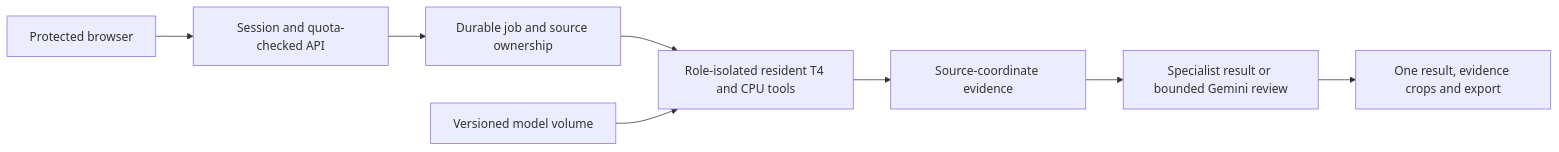
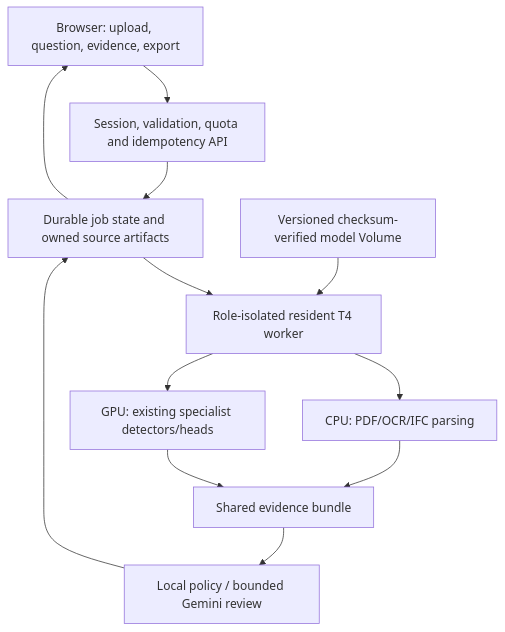
Before and after one commit to HariPrasanth-SM/floorhawk: the second of 2 diagrams in README.md, drawn with Mermaid. The commit also changed other lines of this file and 10 other files, not shown here.

Commit message:
Deliver current architecture, reproducibility and fresh curated verification

````diff
--- a/README.md
+++ b/README.md
@@ -53,10 +44,14 @@
 ```mermaid
-flowchart LR
-  B[Protected browser] --> A[Session and quota-checked API]
-  A --> J[Durable job and source ownership]
-  J --> W[Role-isolated resident T4 and CPU tools]
-  W --> E[Source-coordinate evidence]
-  E --> R[Specialist result or bounded Gemini review]
-  R --> V[One result, evidence crops and export]
-  M[Versioned model volume] --> W
+flowchart TB
+  B[Browser: upload, question, evidence, export] --> A[Session, validation, quota and idempotency API]
+  A --> J[Durable job state and owned source artifacts]
+  J --> W[Role-isolated resident T4 worker]
+  M[Versioned checksum-verified model Volume] --> W
+  W --> C[CPU: PDF/OCR/IFC parsing]
+  W --> D[GPU: existing specialist detectors/heads]
+  C --> E[Shared evidence bundle]
+  D --> E
+  E --> F[Local policy / bounded Gemini review]
+  F --> J
+  J --> B
 ```
````
